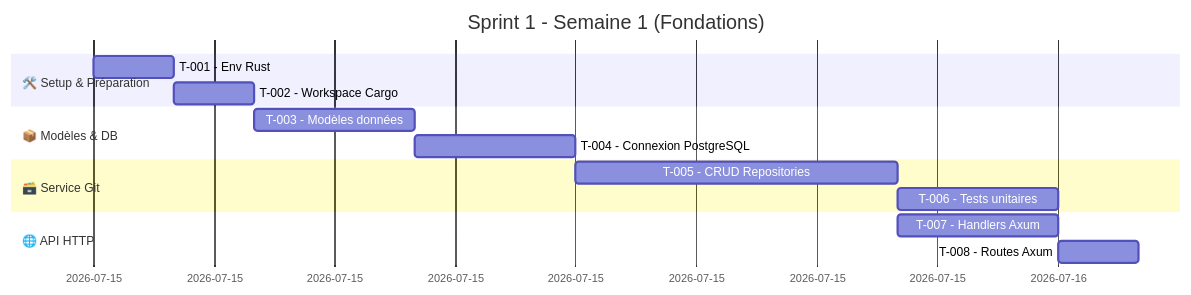
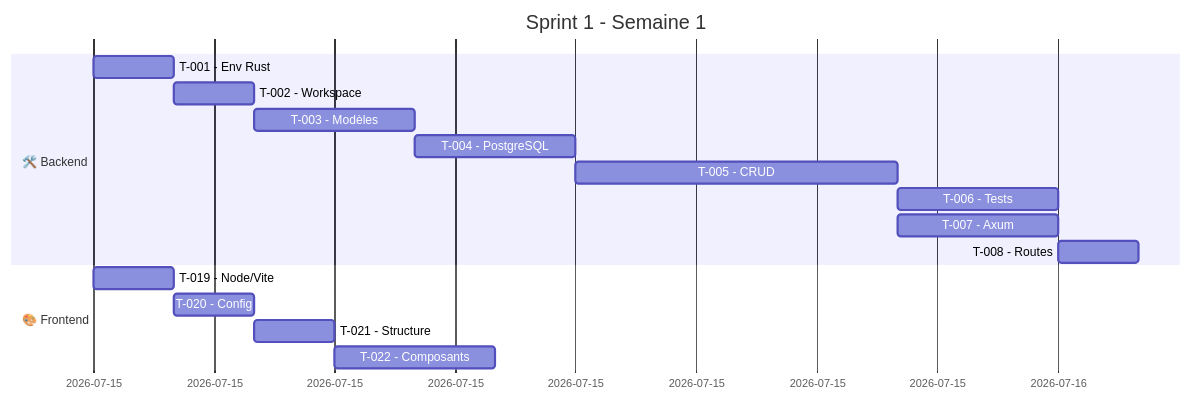
One commit to b-laffitte-dev/tartigrade changed the first of 3 diagrams in SPRINT-1-PLAN.md. Above: the diagram before and after it, drawn with Mermaid. The commit also changed other lines of this file, not shown here.

````diff
--- a/SPRINT-1-PLAN.md
+++ b/SPRINT-1-PLAN.md
@@ -87,22 +108,19 @@
 ```mermaid
 gantt
-    title Sprint 1 - Semaine 1 (Fondations)
+    title Sprint 1 - Semaine 1
     dateFormat  YYYY-MM-DD
-    todayMarker stroke-width:2px,stroke:#FF5733,stroke-dasharray: 5 5
-    
-    section 🛠️ Setup & Préparation
-    T-001 - Env Rust          :a1, 2026-07-15, 2h
-    T-002 - Workspace Cargo   :a2, after a1, 2h
-    
-    section 📦 Modèles & DB
-    T-003 - Modèles données    :b1, after a2, 4h
-    T-004 - Connexion PostgreSQL :b2, after b1, 4h
-    
-    section 🗃️ Service Git
-    T-005 - CRUD Repositories  :c1, after b2, 8h
-    T-006 - Tests unitaires    :c2, after c1, 4h
-    
-    section 🌐 API HTTP
-    T-007 - Handlers Axum      :d1, after c1, 4h
-    T-008 - Routes Axum        :d2, after d1, 2h
+    section 🛠️ Backend
+    T-001 - Env Rust :a1, 2026-07-15, 2h
+    T-002 - Workspace :a2, after a1, 2h
+    T-003 - Modèles :b1, after a2, 4h
+    T-004 - PostgreSQL :b2, after b1, 4h
+    T-005 - CRUD :c1, after b2, 8h
+    T-006 - Tests :c2, after c1, 4h
+    T-007 - Axum :d1, after c1, 4h
+    T-008 - Routes :d2, after d1, 2h
+    section 🎨 Frontend
+    T-019 - Node/Vite :e1, 2026-07-15, 2h
+    T-020 - Config :e2, after e1, 2h
+    T-021 - Structure :e3, after e2, 2h
+    T-022 - Composants :e4, after e3, 4h
 ```
````
